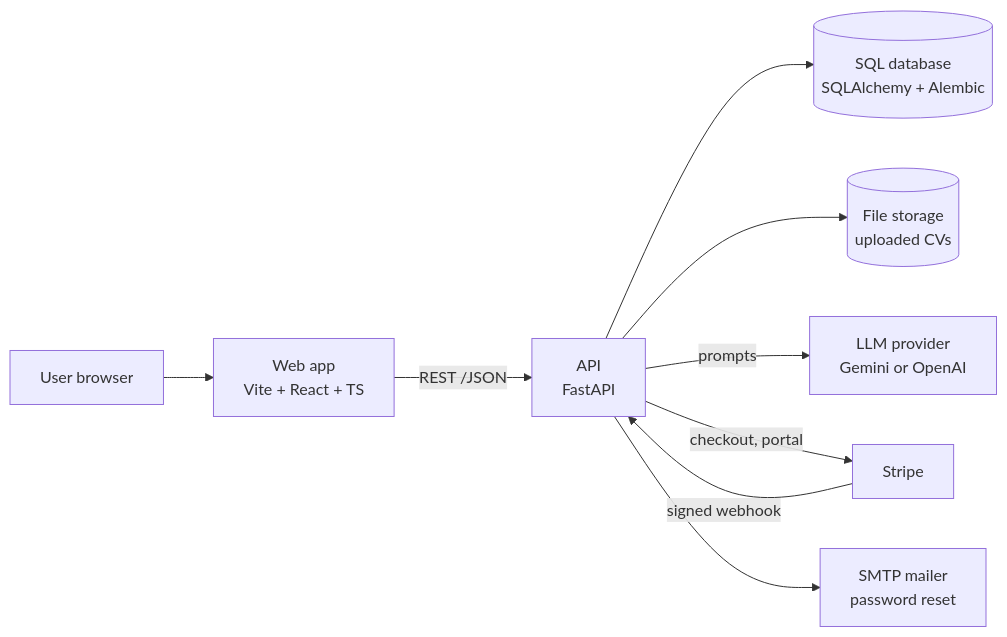
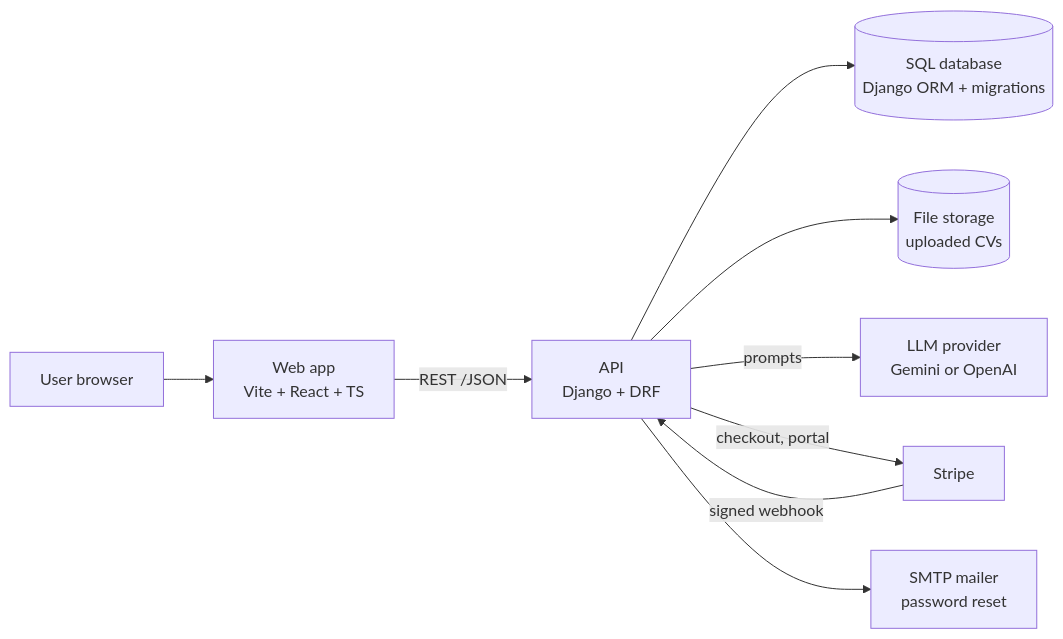
The diagram in README.md (Samiksha-sudo/ShortListMe), drawn with Mermaid before and after one commit. The commit also changed other lines of this file, not shown here.

Commit message:
Update README for Django backend

````diff
--- a/README.md
+++ b/README.md
@@ -57,11 +73,11 @@
 ```mermaid
 flowchart LR
     U[User browser] --> W[Web app<br/>Vite + React + TS]
-    W -->|REST /JSON| A[API<br/>FastAPI]
-    A --> DB[(SQL database<br/>SQLAlchemy + Alembic)]
+    W -->|REST /JSON| A[API<br/>Django + DRF]
+    A --> DB[(SQL database<br/>Django ORM + migrations)]
     A --> FS[(File storage<br/>uploaded CVs)]
     A -->|prompts| L[LLM provider<br/>Gemini or OpenAI]
     A -->|checkout, portal| S[Stripe]
     S -->|signed webhook| A
     A --> M[SMTP mailer<br/>password reset]
 ```
````
